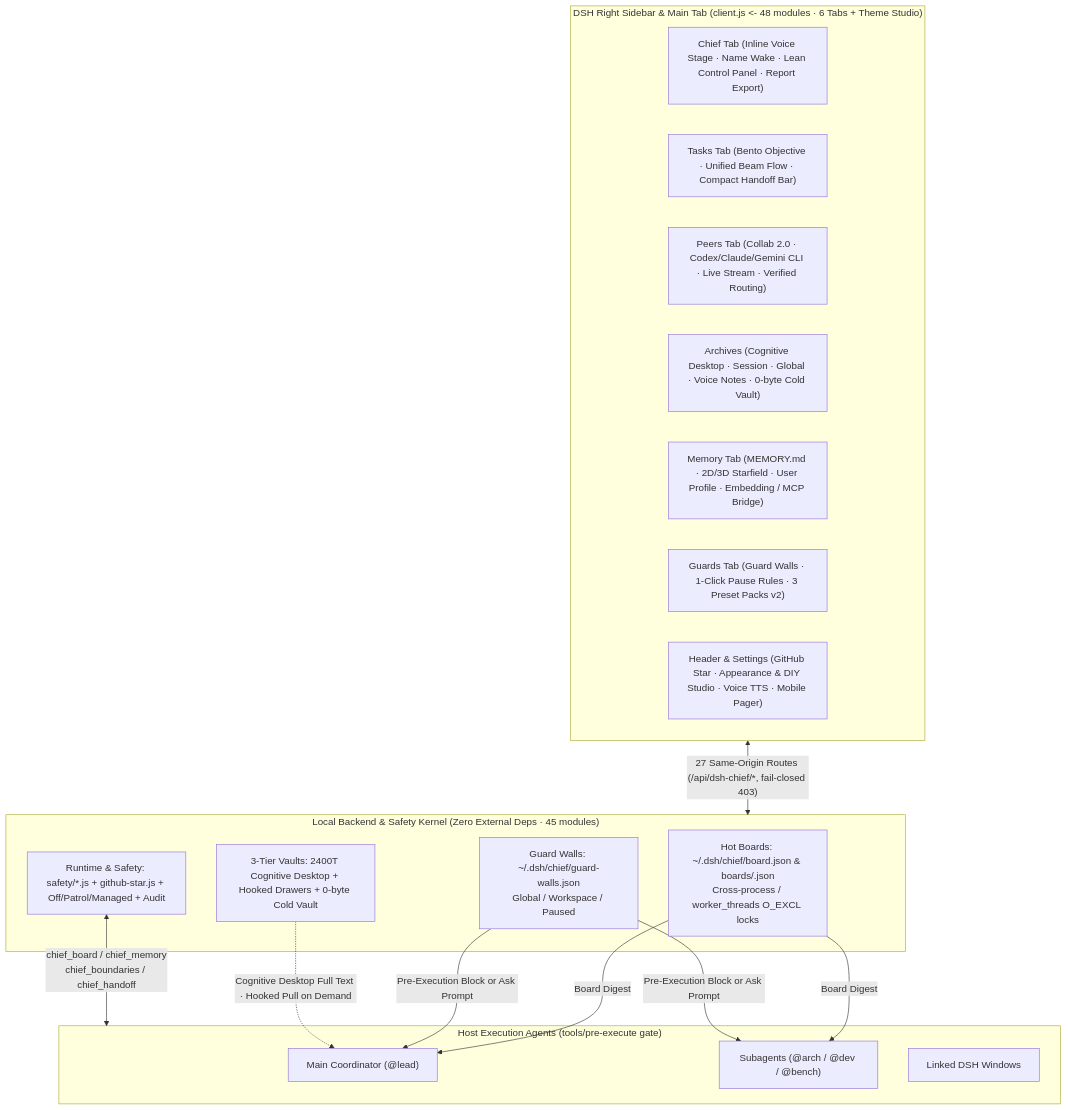
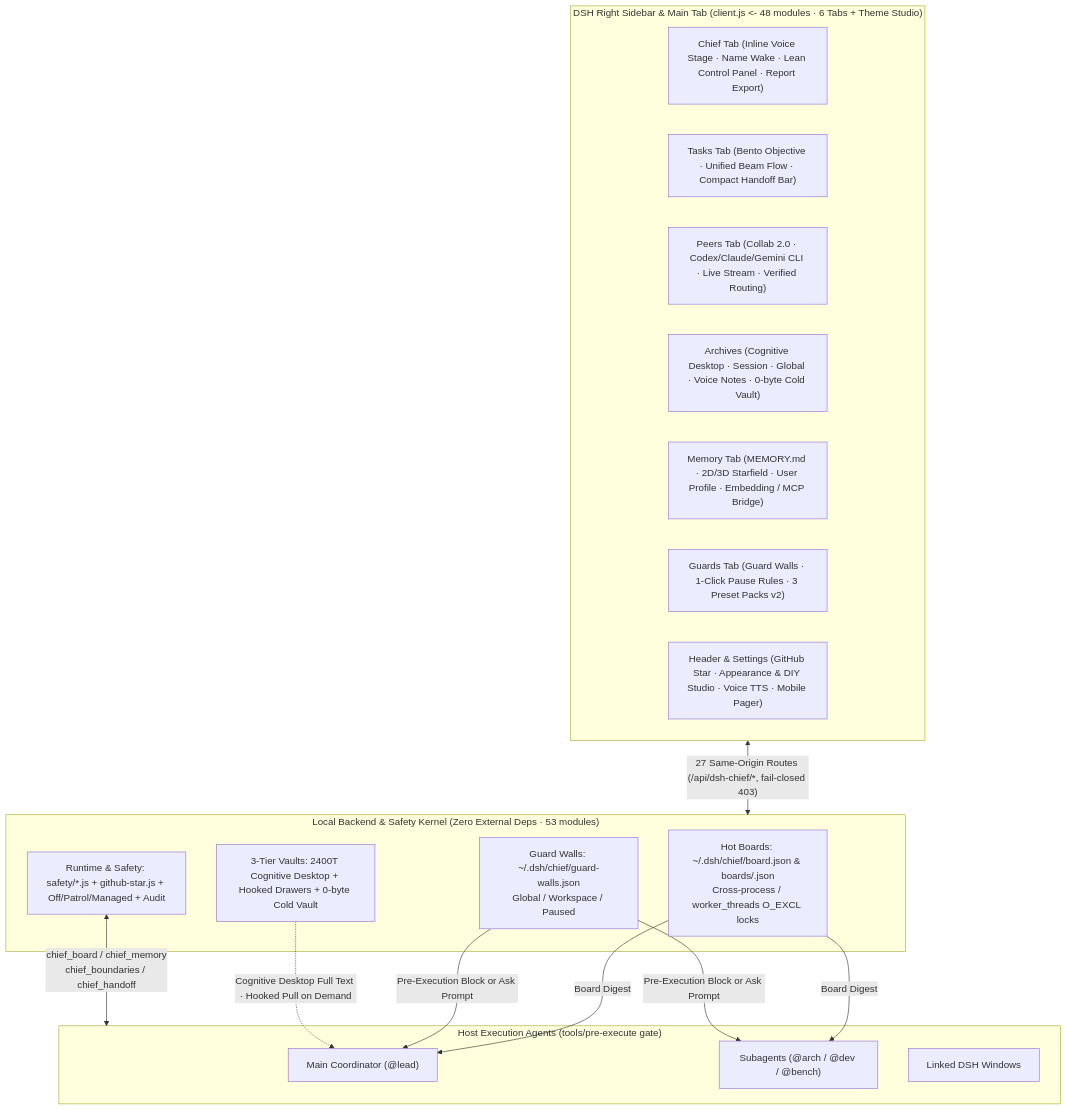
One commit to gluztm/dsh-chief changed the third of 3 diagrams in README.en.md. Above: the diagram before and after it, drawn with Mermaid. The commit also changed other lines of this file and 17 other files, not shown here.

````diff
--- a/README.en.md
+++ b/README.en.md
@@ -397,33 +414,33 @@
 ```mermaid
 flowchart TB
   subgraph UI["DSH Right Sidebar & Main Tab (client.js <- 48 modules · 6 Tabs + Theme Studio)"]
     T1["Chief Tab (Inline Voice Stage · Name Wake · Lean Control Panel · Report Export)"]
     T2["Tasks Tab (Bento Objective · Unified Beam Flow · Compact Handoff Bar)"]
     T3["Peers Tab (Collab 2.0 · Codex/Claude/Gemini CLI · Live Stream · Verified Routing)"]
     T5["Archives (Cognitive Desktop · Session · Global · Voice Notes · 0-byte Cold Vault)"]
     T6["Memory Tab (MEMORY.md · 2D/3D Starfield · User Profile · Embedding / MCP Bridge)"]
     T7["Guards Tab (Guard Walls · 1-Click Pause Rules · 3 Preset Packs v2)"]
     T8["Header & Settings (GitHub Star · Appearance & DIY Studio · Voice TTS · Mobile Pager)"]
   end
 
-  subgraph Core["Local Backend & Safety Kernel (Zero External Deps · 45 modules)"]
+  subgraph Core["Local Backend & Safety Kernel (Zero External Deps · 53 modules)"]
     Hot["Hot Boards: ~/.dsh/chief/board.json & boards/<sid>.json\nCross-process / worker_threads O_EXCL locks"]
     Walls["Guard Walls: ~/.dsh/chief/guard-walls.json\nGlobal / Workspace / Paused"]
     Cold["3-Tier Vaults: 2400T Cognitive Desktop + Hooked Drawers + 0-byte Cold Vault"]
     Bus["Runtime & Safety: safety/*.js + github-star.js + Off/Patrol/Managed + Audit"]
   end
 
   subgraph Agents["Host Execution Agents (tools/pre-execute gate)"]
     Lead["Main Coordinator (@lead)"]
     Subs["Subagents (@arch / @dev / @bench)"]
     Peers["Linked DSH Windows"]
   end
 
   UI <-->|"27 Same-Origin Routes (/api/dsh-chief/*, fail-closed 403)"| Core
   Hot -->|"Board Digest"| Lead
   Hot -->|"Board Digest"| Subs
   Walls -->|"Pre-Execution Block or Ask Prompt"| Lead
   Walls -->|"Pre-Execution Block or Ask Prompt"| Subs
   Cold -.->|"Cognitive Desktop Full Text · Hooked Pull on Demand"| Lead
   Bus <-->|"chief_board / chief_memory\nchief_boundaries / chief_handoff"| Agents
 ```
````
